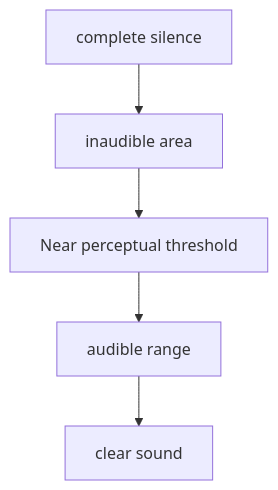
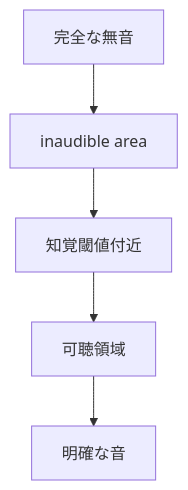
Before and after one commit to monumental-movement/monumental-movement.github.io: the seventh of 11 diagrams in en/_posts/2026-04-18-column-sachiko-m.md, drawn with Mermaid. The commit also changed other lines of this file and 2196 other files, not shown here.

```diff
--- a/en/_posts/2026-04-18-column-sachiko-m.md
+++ b/en/_posts/2026-04-18-column-sachiko-m.md
@@ -336,8 +335,8 @@
 <div class="mermaid">
 flowchart TB
-    A[complete silence] --> B[inaudible area]
-    B --> C[Near perceptual threshold]
-    C --> D[audible range]
-    D --> E[clear sound]
+    A[完全な無音] --> B[inaudible area]
+    B --> C[知覚閾値付近]
+    C --> D[可聴領域]
+    D --> E[明確な音]
 
 </div>
```
